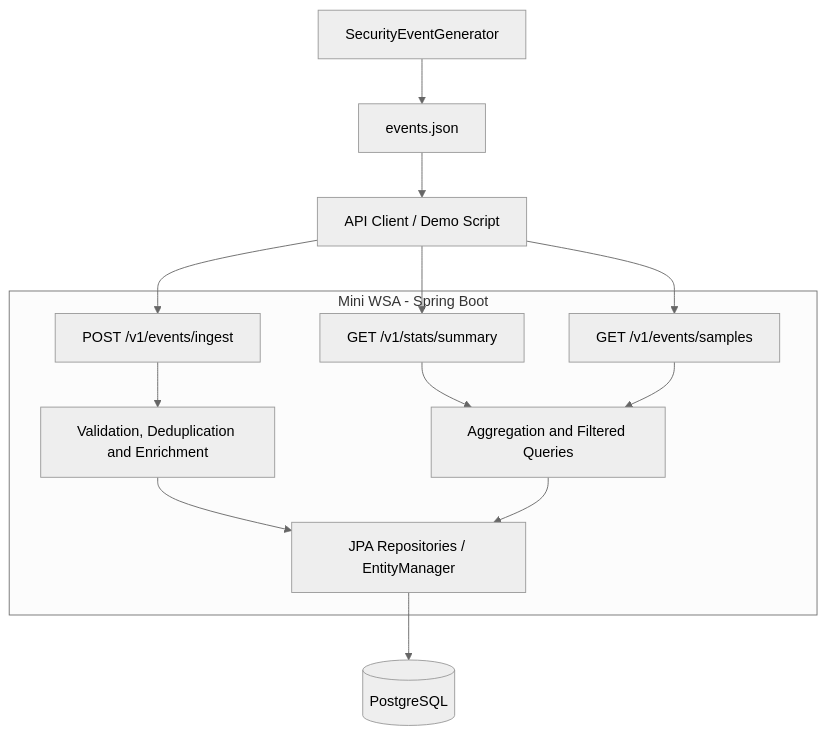
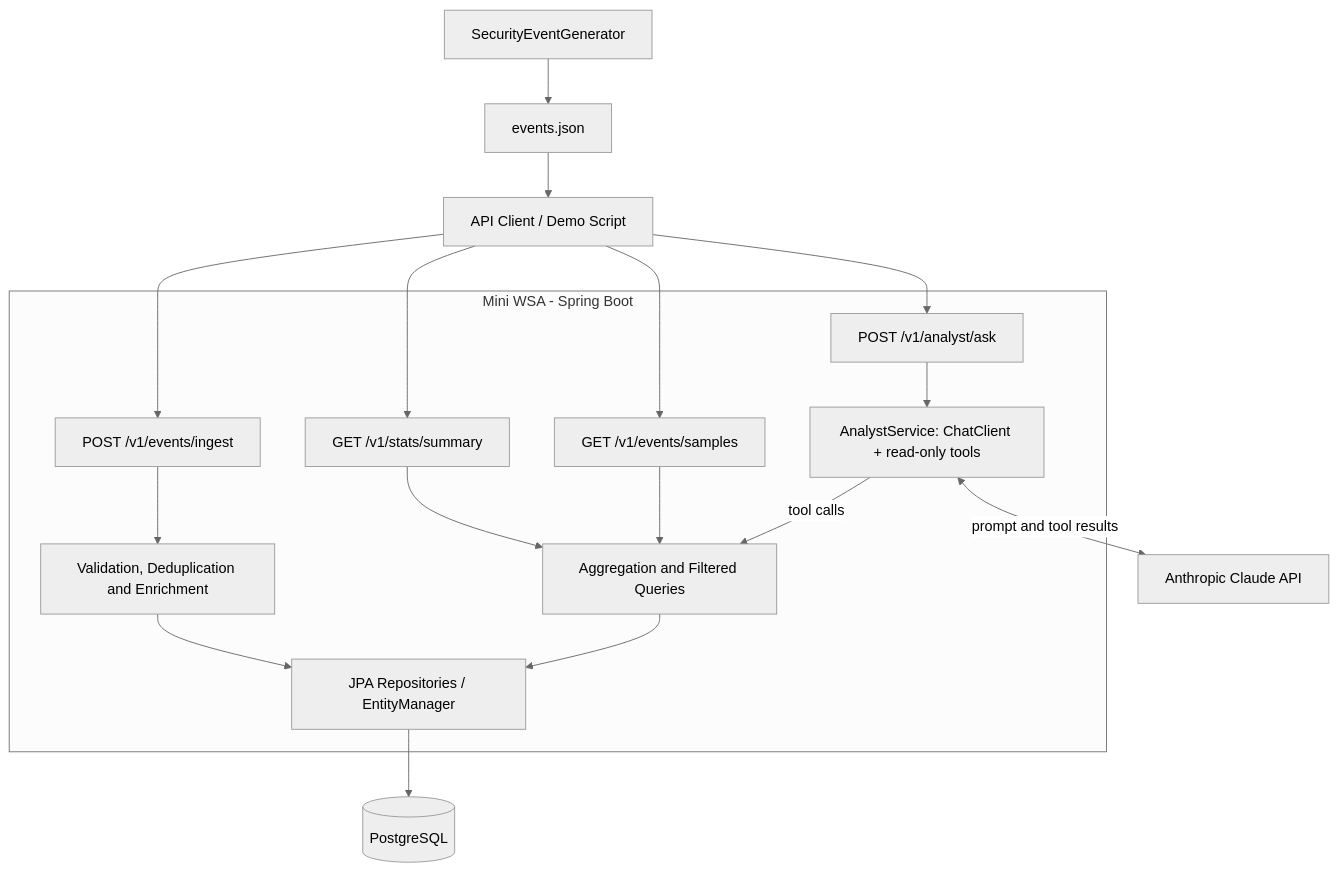
One commit to AseelSeef/mini-wsa changed the diagram in README.md. Above: the diagram before and after it, drawn with Mermaid (neutral theme). The commit also changed other lines of this file, not shown here.

Commit message:
docs: document AI analyst endpoint and design decisions

````diff
--- a/README.md
+++ b/README.md
@@ -20,25 +21,31 @@
 ```mermaid
 flowchart TD
     Client["API Client / Demo Script"]
     Generator["SecurityEventGenerator"]
     File["events.json"]
     subgraph App["Mini WSA - Spring Boot"]
         Ingest["POST /v1/events/ingest"]
         Summary["GET /v1/stats/summary"]
         Samples["GET /v1/events/samples"]
+        Ask["POST /v1/analyst/ask"]
+        Agent["AnalystService: ChatClient + read-only tools"]
         Pipeline["Validation, Deduplication and Enrichment"]
         Analytics["Aggregation and Filtered Queries"]
         Storage["JPA Repositories / EntityManager"]
         Ingest --> Pipeline
         Pipeline --> Storage
         Summary --> Analytics
         Samples --> Analytics
+        Ask --> Agent
+        Agent -->|"tool calls"| Analytics
         Analytics --> Storage
     end
     Generator --> File
     File --> Client
     Client --> Ingest
     Client --> Summary
     Client --> Samples
+    Client --> Ask
+    Agent <-->|"prompt and tool results"| LLM["Anthropic Claude API"]
     Storage --> DB[("PostgreSQL")]
 ```
````
